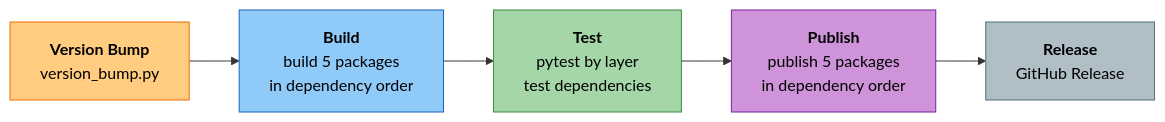
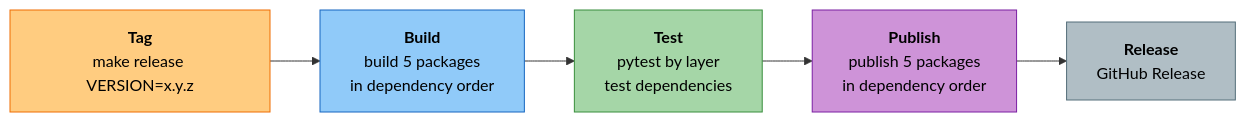
Before and after one commit to amit-jain/cogniverse: the first of 2 diagrams in docs/development/publishing-guide.md, drawn with Mermaid. The commit also changed other lines of this file, not shown here.

Commit message:
Rewrite the publishing guide for tag-driven versioning

````diff
--- a/docs/development/publishing-guide.md
+++ b/docs/development/publishing-guide.md
@@ -50,16 +50,16 @@
 ```mermaid
 flowchart LR
-    A["<span style='color:#000'><b>Version Bump</b><br/>version_bump.py</span>"]
+    A["<span style='color:#000'><b>Tag</b><br/>make release VERSION=x.y.z</span>"]
     B["<span style='color:#000'><b>Build</b><br/>build 5 packages<br/>in dependency order</span>"]
     C["<span style='color:#000'><b>Test</b><br/>pytest by layer<br/>test dependencies</span>"]
     D["<span style='color:#000'><b>Publish</b><br/>publish 5 packages<br/>in dependency order</span>"]
     E["<span style='color:#000'><b>Release</b><br/>GitHub Release</span>"]
 
     A --> B --> C --> D --> E
 
     style A fill:#ffcc80,stroke:#ef6c00,color:#000
     style B fill:#90caf9,stroke:#1565c0,color:#000
     style C fill:#a5d6a7,stroke:#388e3c,color:#000
     style D fill:#ce93d8,stroke:#7b1fa2,color:#000
     style E fill:#b0bec5,stroke:#546e7a,color:#000
 ```
````
